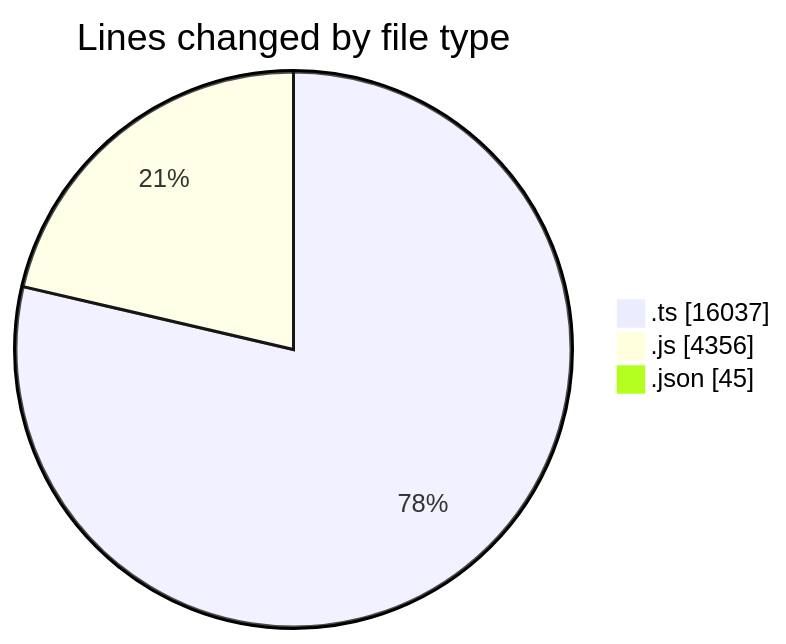
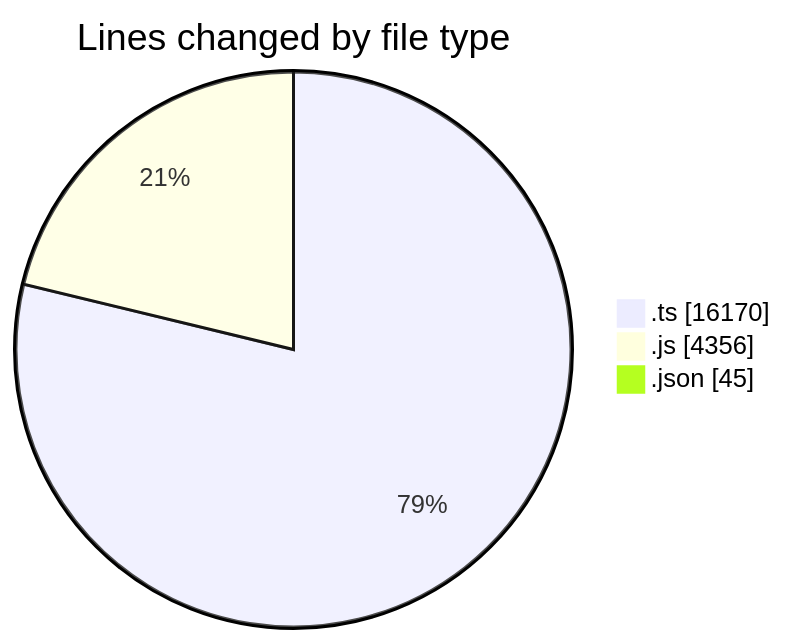
The first of 2 diagrams in 2025-07-29/cda/README.md (momahboobian/code-tracking), drawn with Mermaid before and after one commit. The commit also changed other lines of this file and 1 other file, not shown here.

````diff
--- a/2025-07-29/cda/README.md
+++ b/2025-07-29/cda/README.md
@@ -30,7 +30,7 @@
 ```mermaid
 pie showData
 title Lines changed by file type
-".ts" : 16037
+".ts" : 16170
 ".js" : 4356
 ".json" : 45
 ```
````
